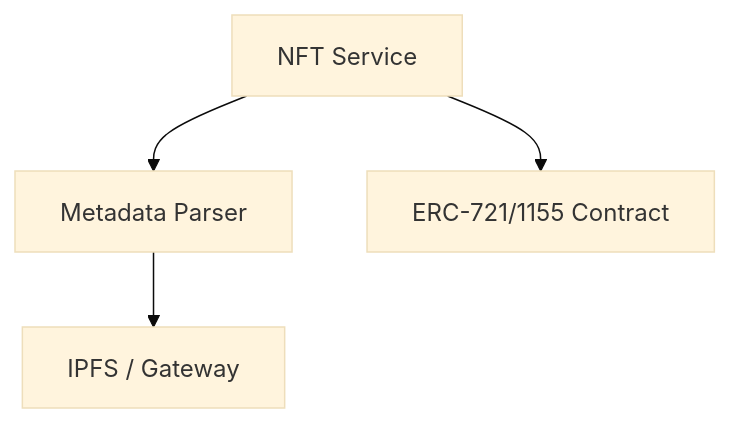
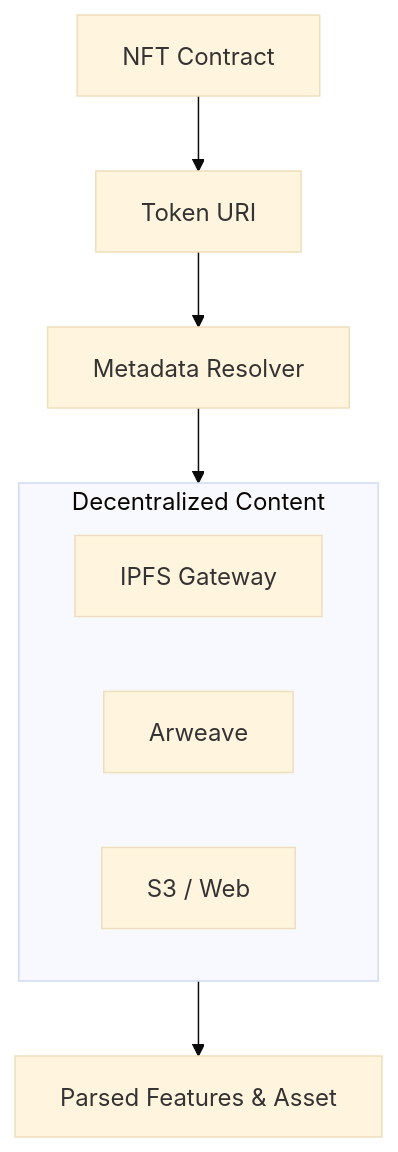
One commit to ImL1s/dart_web3 changed the diagram in dart_web3/packages/nft/README.md. Above: the diagram before and after it, drawn with Mermaid (base theme). The commit also changed other lines of this file and 31 other files, not shown here.

````diff
--- a/dart_web3/packages/nft/README.md
+++ b/dart_web3/packages/nft/README.md
@@ -14,6 +17,14 @@
 ```mermaid
 graph TD
-    NFT[NFT Service] --> Parser[Metadata Parser]
-    NFT --> Contract[ERC-721/1155 Contract]
-    Parser --> Storage[IPFS / Gateway]
+    NFT[NFT Contract] --> URI[Token URI]
+    URI --> Resolver[Metadata Resolver]
+    
+    subgraph Storage [Decentralized Content]
+        IPFS[IPFS Gateway]
+        AR[Arweave]
+        Cloud[S3 / Web]
+    end
+    
+    Resolver --> Storage
+    Storage --> Traits[Parsed Features & Asset]
 ```
````
